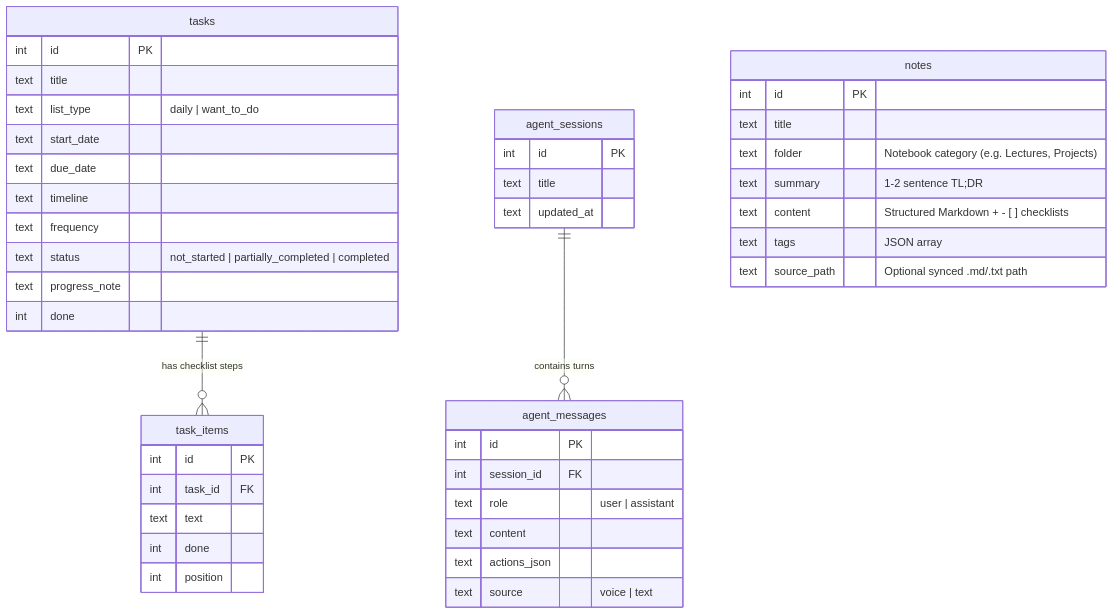
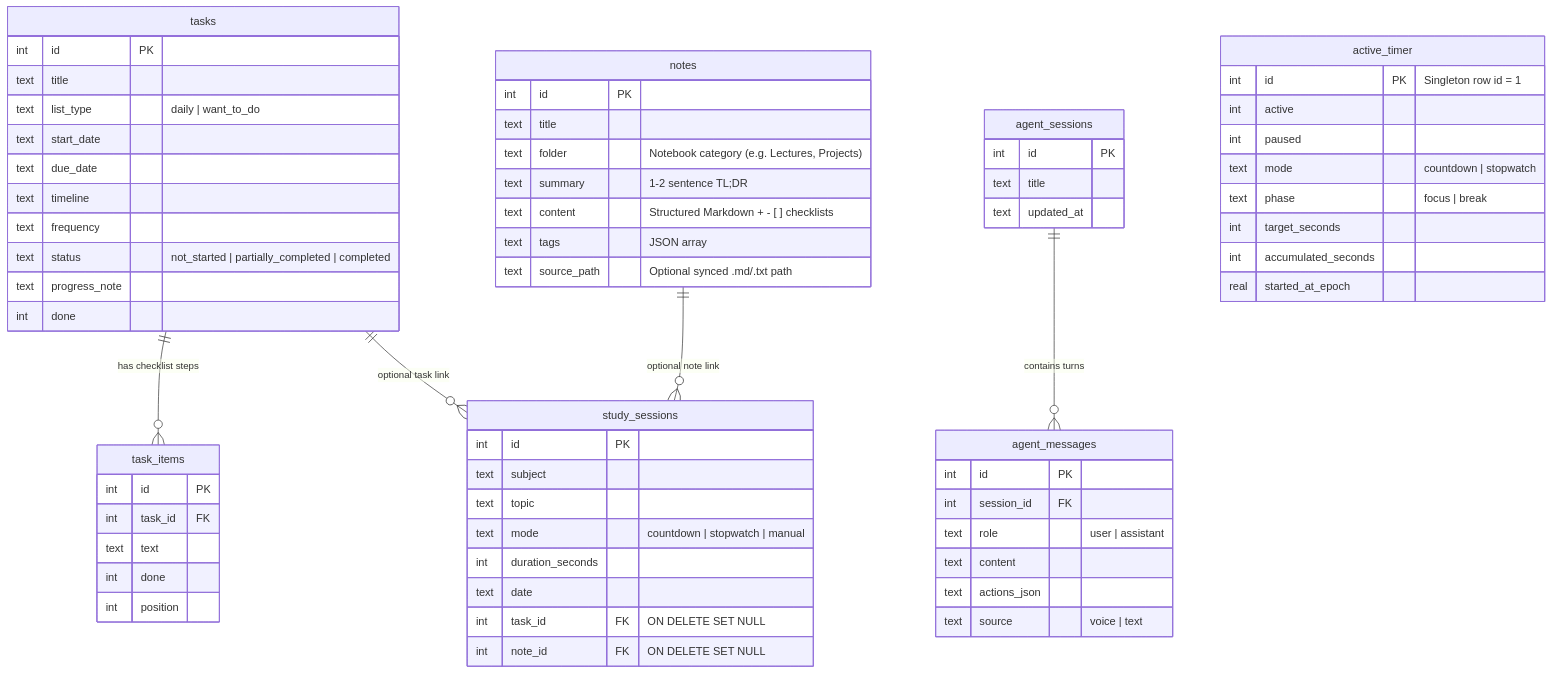
Before and after one commit to ammar-adel222/personal-life-hub: the diagram in docs/ARCHITECTURE.md, drawn with Mermaid. The commit also changed other lines of this file and 3 other files, not shown here.

Commit message:
tests & docs: add study timer test suite and update architecture docs

````diff
--- a/docs/ARCHITECTURE.md
+++ b/docs/ARCHITECTURE.md
@@ -50,47 +53,69 @@
 ```mermaid
 erDiagram
     tasks ||--o{ task_items : "has checklist steps"
+    tasks ||--o{ study_sessions : "optional task link"
+    notes ||--o{ study_sessions : "optional note link"
     agent_sessions ||--o{ agent_messages : "contains turns"
 
     tasks {
         int id PK
         text title
         text list_type "daily | want_to_do"
         text start_date
         text due_date
         text timeline
         text frequency
         text status "not_started | partially_completed | completed"
         text progress_note
         int done
     }
     task_items {
         int id PK
         int task_id FK
         text text
         int done
         int position
     }
     notes {
         int id PK
         text title
         text folder "Notebook category (e.g. Lectures, Projects)"
         text summary "1-2 sentence TL;DR"
         text content "Structured Markdown + - [ ] checklists"
         text tags "JSON array"
         text source_path "Optional synced .md/.txt path"
     }
+    study_sessions {
+        int id PK
+        text subject
+        text topic
+        text mode "countdown | stopwatch | manual"
+        int duration_seconds
+        text date
+        int task_id FK "ON DELETE SET NULL"
+        int note_id FK "ON DELETE SET NULL"
+    }
+    active_timer {
+        int id PK "Singleton row id = 1"
+        int active
+        int paused
+        text mode "countdown | stopwatch"
+        text phase "focus | break"
+        int target_seconds
+        int accumulated_seconds
+        real started_at_epoch
+    }
     agent_sessions {
         int id PK
         text title
         text updated_at
     }
     agent_messages {
         int id PK
         int session_id FK
         text role "user | assistant"
         text content
         text actions_json
         text source "voice | text"
     }
 ```
````
